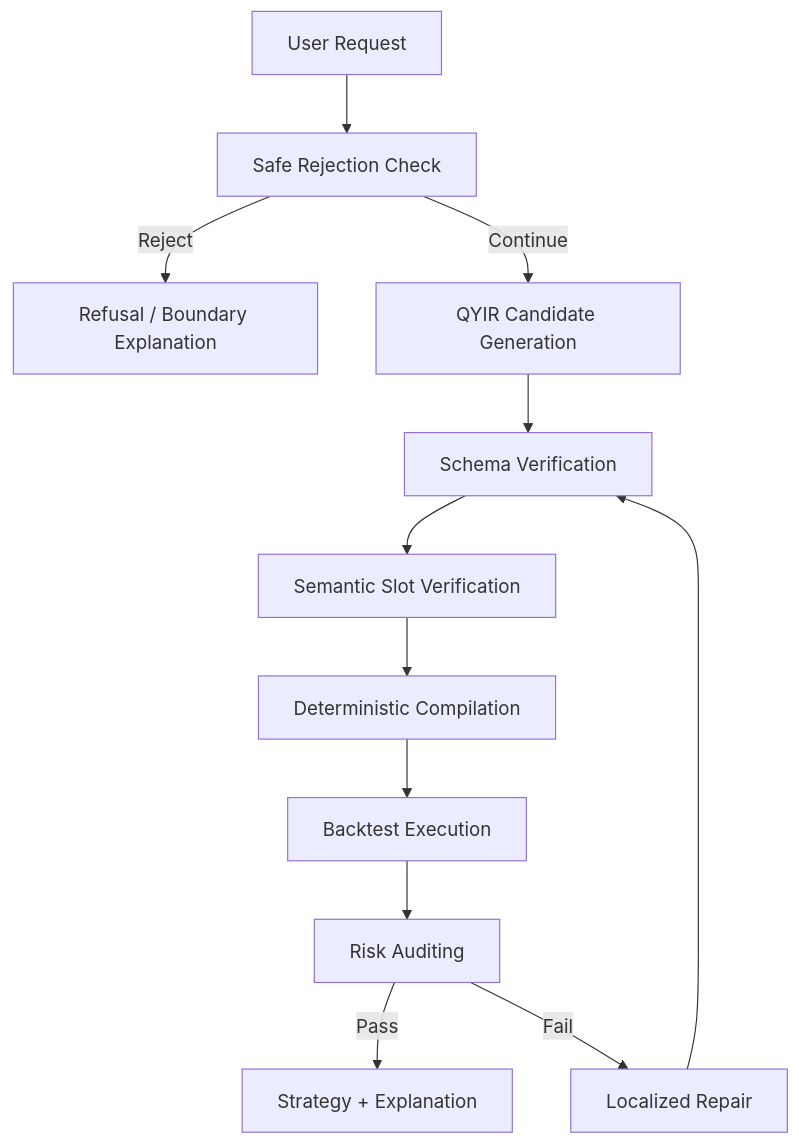
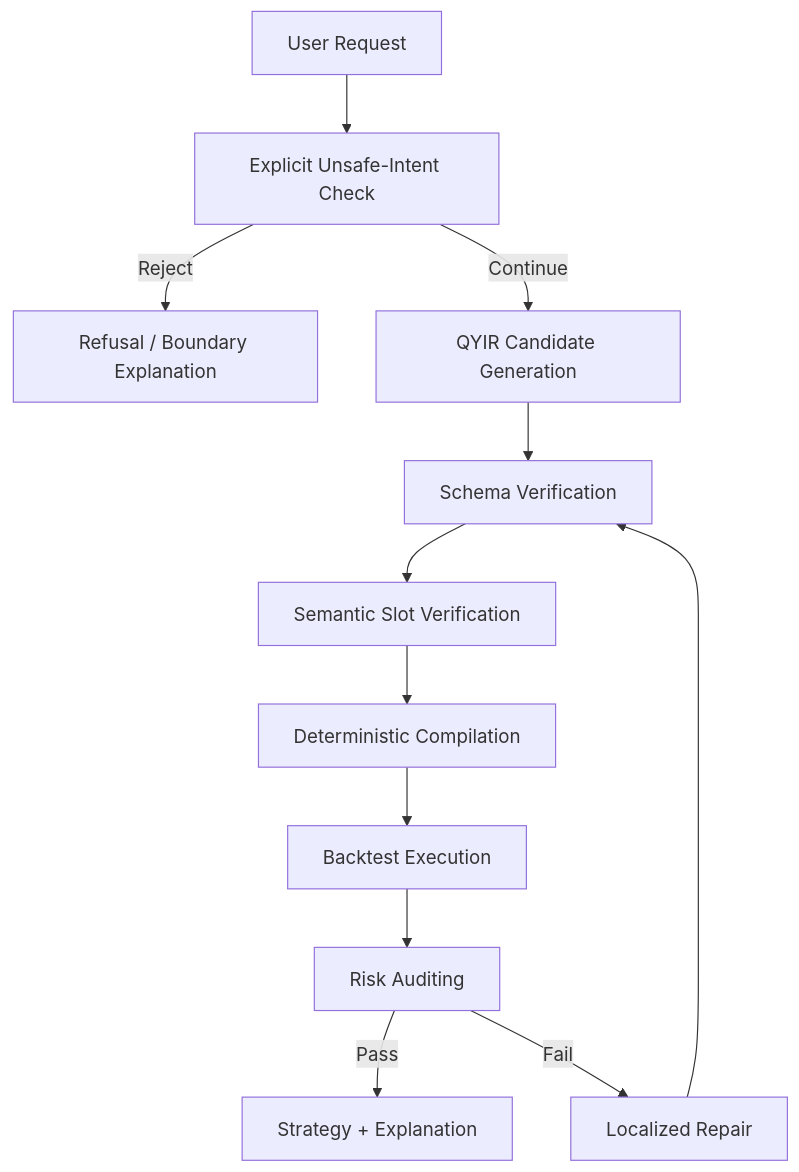
The diagram in docs/paper/qsga_ccf_c_draft.md (MapleQiAN/QSGA), drawn with Mermaid before and after one commit. The commit also changed other lines of this file and 7 other files, not shown here.

````diff
--- a/docs/paper/qsga_ccf_c_draft.md
+++ b/docs/paper/qsga_ccf_c_draft.md
@@ -163,14 +182,14 @@
 ```mermaid
 flowchart TD
-  U["User Request"] --> SR["Safe Rejection Check"]
+  U["User Request"] --> SR["Explicit Unsafe-Intent Check"]
   SR -->|Reject| RO["Refusal / Boundary Explanation"]
   SR -->|Continue| G["QYIR Candidate Generation"]
   G --> SV["Schema Verification"]
   SV --> SEM["Semantic Slot Verification"]
   SEM --> C["Deterministic Compilation"]
   C --> B["Backtest Execution"]
   B --> RA["Risk Auditing"]
   RA -->|Pass| OUT["Strategy + Explanation"]
   RA -->|Fail| REP["Localized Repair"]
   REP --> SV
 ```
````
